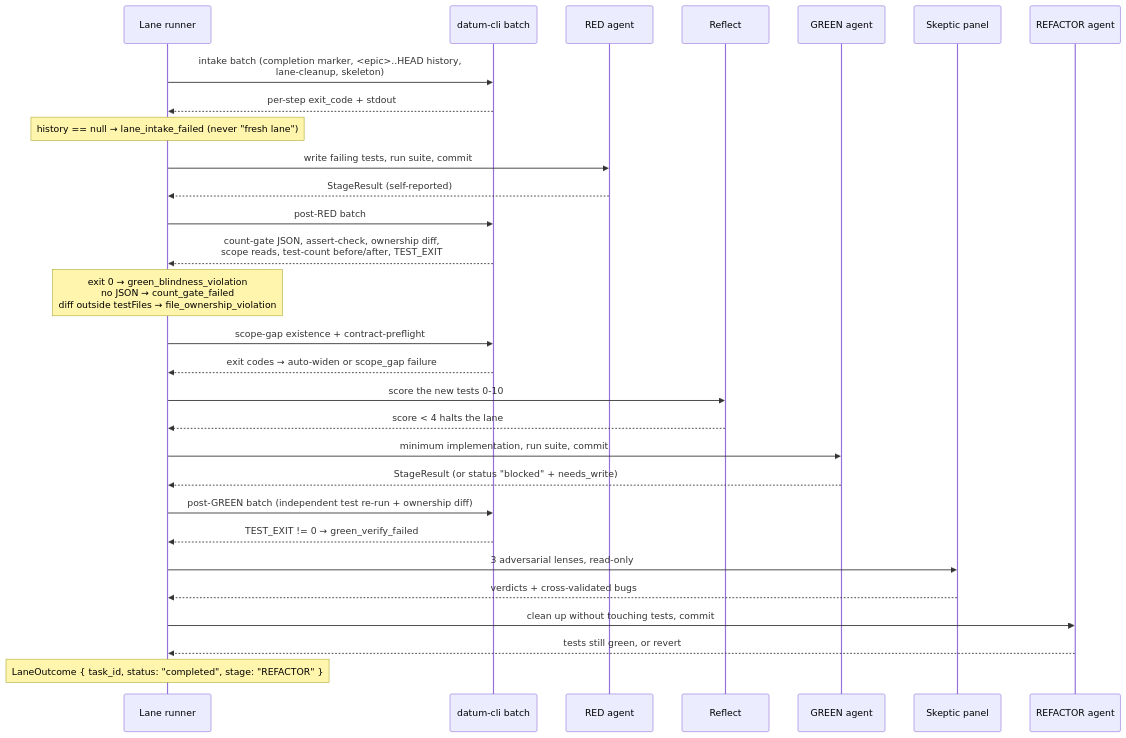
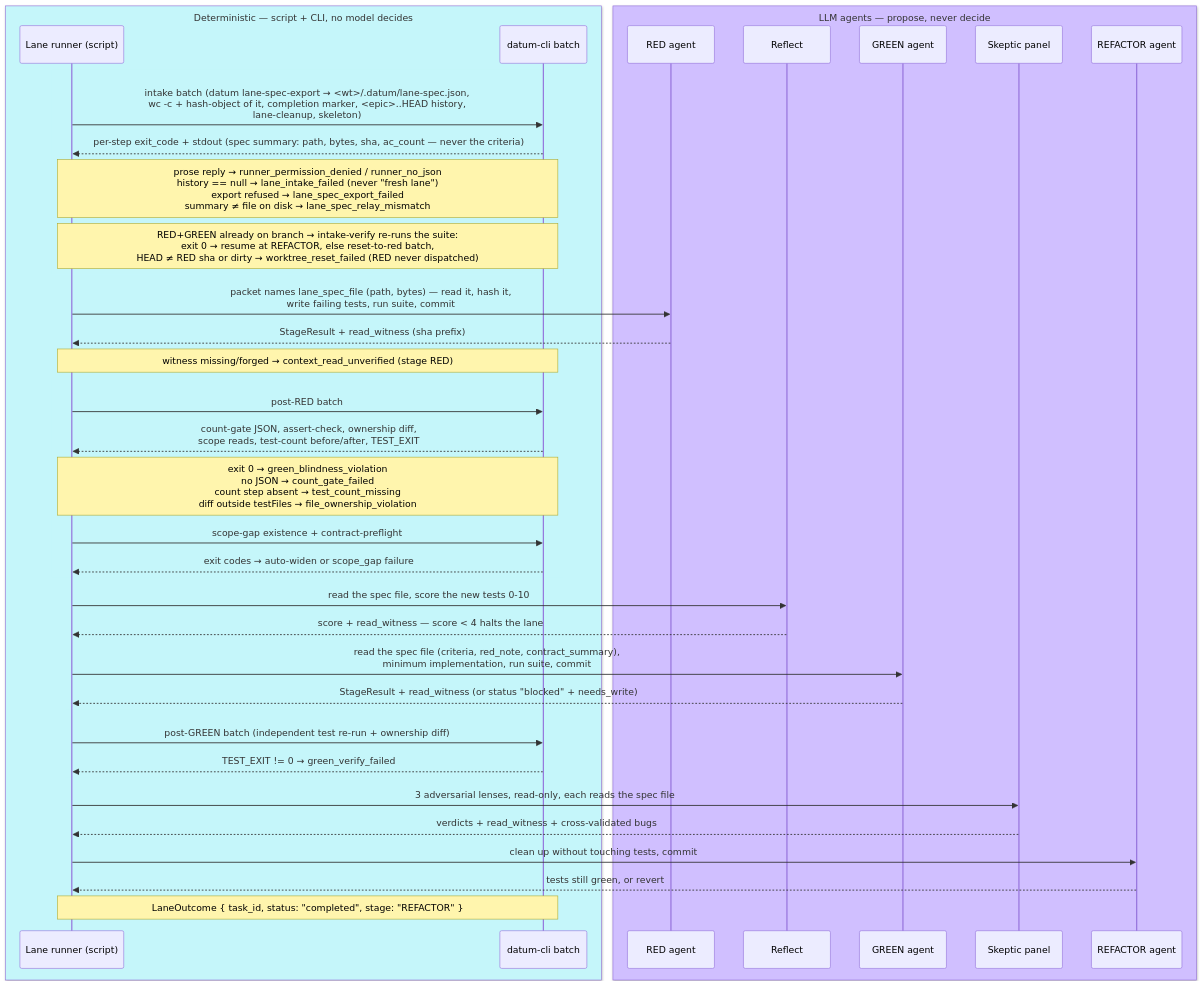
Before and after one commit to gitrdunhq/datum: the third of 4 diagrams in docs/FLOW.md, drawn with Mermaid. The commit also changed other lines of this file, not shown here.

Commit message:
docs(flow): lane diagram reflects the spec file, read witness, reset gate and refusal naming; deterministic steps styled apart
Sequence diagram: participants grouped into a teal "deterministic" box
(script + datum-cli batch) and a purple "LLM agents" box, CLI-only
exchanges shaded, notes spanning both deterministic participants so no
text is clipped; semicolons removed from note text (Mermaid statement
separator). Flowcharts: a `deterministic` class with the subroutine /
hexagon shapes for CLI-only nodes (Preflight, batch step, exit-code
decision) and a legend. Rendered with mmdc to verify.

Claude-Session: https://claude.ai/code/session_01NSTqnY6X4hHRDgZzYBNYpw

````diff
--- a/docs/FLOW.md
+++ b/docs/FLOW.md
@@ -197,40 +199,52 @@
 ```mermaid
 sequenceDiagram
-    participant Runner as Lane runner
+    box rgb(197,246,250) Deterministic — script + CLI, no model decides
+    participant Runner as Lane runner (script)
     participant CLI as datum-cli batch
+    end
+    box rgb(208,191,255) LLM agents — propose, never decide
     participant Red as RED agent
     participant Reflect as Reflect
     participant Green as GREEN agent
     participant Skeptic as Skeptic panel
     participant Refactor as REFACTOR agent
+    end
 
-    Runner->>CLI: intake batch (completion marker, <epic>..HEAD history,<br/>lane-cleanup, skeleton)
-    CLI-->>Runner: per-step exit_code + stdout
-    Note over Runner: history == null → lane_intake_failed (never "fresh lane")
+    rect rgb(197,246,250)
+    Runner->>CLI: intake batch (datum lane-spec-export → <wt>/.datum/lane-spec.json,<br/>wc -c + hash-object of it, completion marker, <epic>..HEAD history,<br/>lane-cleanup, skeleton)
+    CLI-->>Runner: per-step exit_code + stdout (spec summary: path, bytes, sha, ac_count — never the criteria)
+    Note over Runner,CLI: prose reply → runner_permission_denied / runner_no_json<br/>history == null → lane_intake_failed (never "fresh lane")<br/>export refused → lane_spec_export_failed<br/>summary ≠ file on disk → lane_spec_relay_mismatch
+    Note over Runner,CLI: RED+GREEN already on branch → intake-verify re-runs the suite:<br/>exit 0 → resume at REFACTOR, else reset-to-red batch,<br/>HEAD ≠ RED sha or dirty → worktree_reset_failed (RED never dispatched)
+    end
 
-    Runner->>Red: write failing tests, run suite, commit
-    Red-->>Runner: StageResult (self-reported)
+    Runner->>Red: packet names lane_spec_file (path, bytes) — read it, hash it,<br/>write failing tests, run suite, commit
+    Red-->>Runner: StageResult + read_witness (sha prefix)
+    Note over Runner,CLI: witness missing/forged → context_read_unverified (stage RED)
 
+    rect rgb(197,246,250)
     Runner->>CLI: post-RED batch
     CLI-->>Runner: count-gate JSON, assert-check, ownership diff,<br/>scope reads, test-count before/after, TEST_EXIT
-    Note over Runner: exit 0 → green_blindness_violation<br/>no JSON → count_gate_failed<br/>diff outside testFiles → file_ownership_violation
+    Note over Runner,CLI: exit 0 → green_blindness_violation<br/>no JSON → count_gate_failed<br/>count step absent → test_count_missing<br/>diff outside testFiles → file_ownership_violation
 
     Runner->>CLI: scope-gap existence + contract-preflight
     CLI-->>Runner: exit codes → auto-widen or scope_gap failure
+    end
 
-    Runner->>Reflect: score the new tests 0-10
-    Reflect-->>Runner: score < 4 halts the lane
+    Runner->>Reflect: read the spec file, score the new tests 0-10
+    Reflect-->>Runner: score + read_witness — score < 4 halts the lane
 
-    Runner->>Green: minimum implementation, run suite, commit
-    Green-->>Runner: StageResult (or status "blocked" + needs_write)
+    Runner->>Green: read the spec file (criteria, red_note, contract_summary),<br/>minimum implementation, run suite, commit
+    Green-->>Runner: StageResult + read_witness (or status "blocked" + needs_write)
 
+    rect rgb(197,246,250)
     Runner->>CLI: post-GREEN batch (independent test re-run + ownership diff)
     CLI-->>Runner: TEST_EXIT != 0 → green_verify_failed
+    end
 
-    Runner->>Skeptic: 3 adversarial lenses, read-only
-    Skeptic-->>Runner: verdicts + cross-validated bugs
+    Runner->>Skeptic: 3 adversarial lenses, read-only, each reads the spec file
+    Skeptic-->>Runner: verdicts + read_witness + cross-validated bugs
 
     Runner->>Refactor: clean up without touching tests, commit
     Refactor-->>Runner: tests still green, or revert
-    Note over Runner: LaneOutcome { task_id, status: "completed", stage: "REFACTOR" }
+    Note over Runner,CLI: LaneOutcome { task_id, status: "completed", stage: "REFACTOR" }
 ```
````
